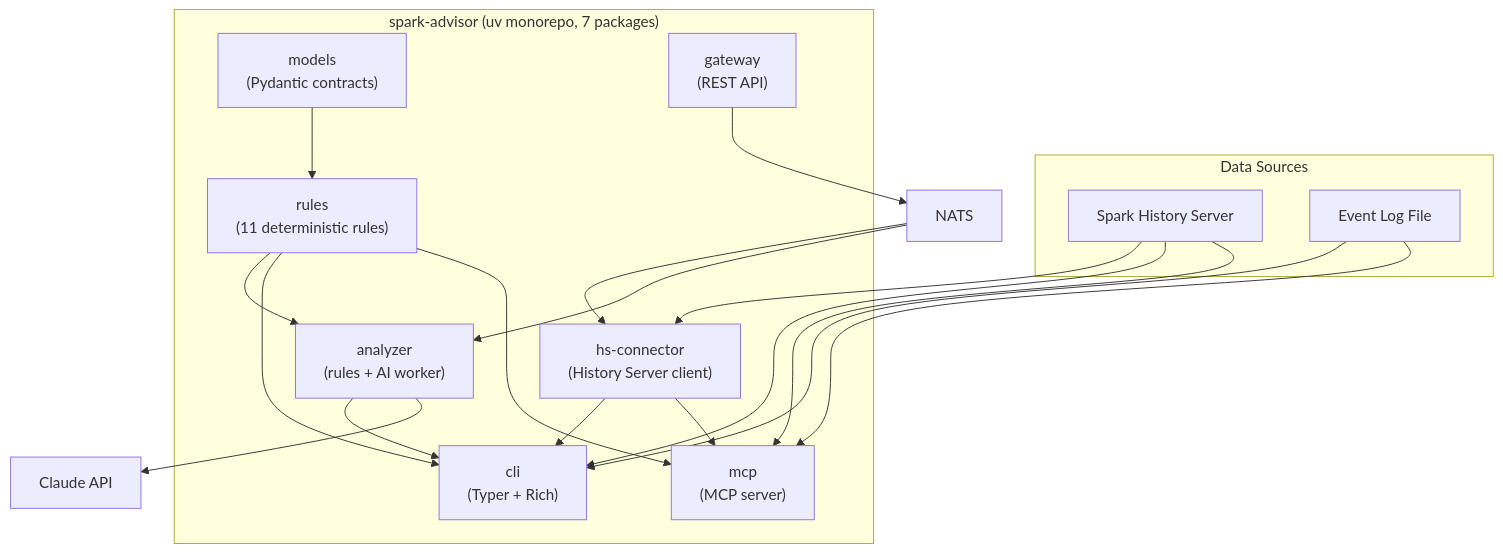
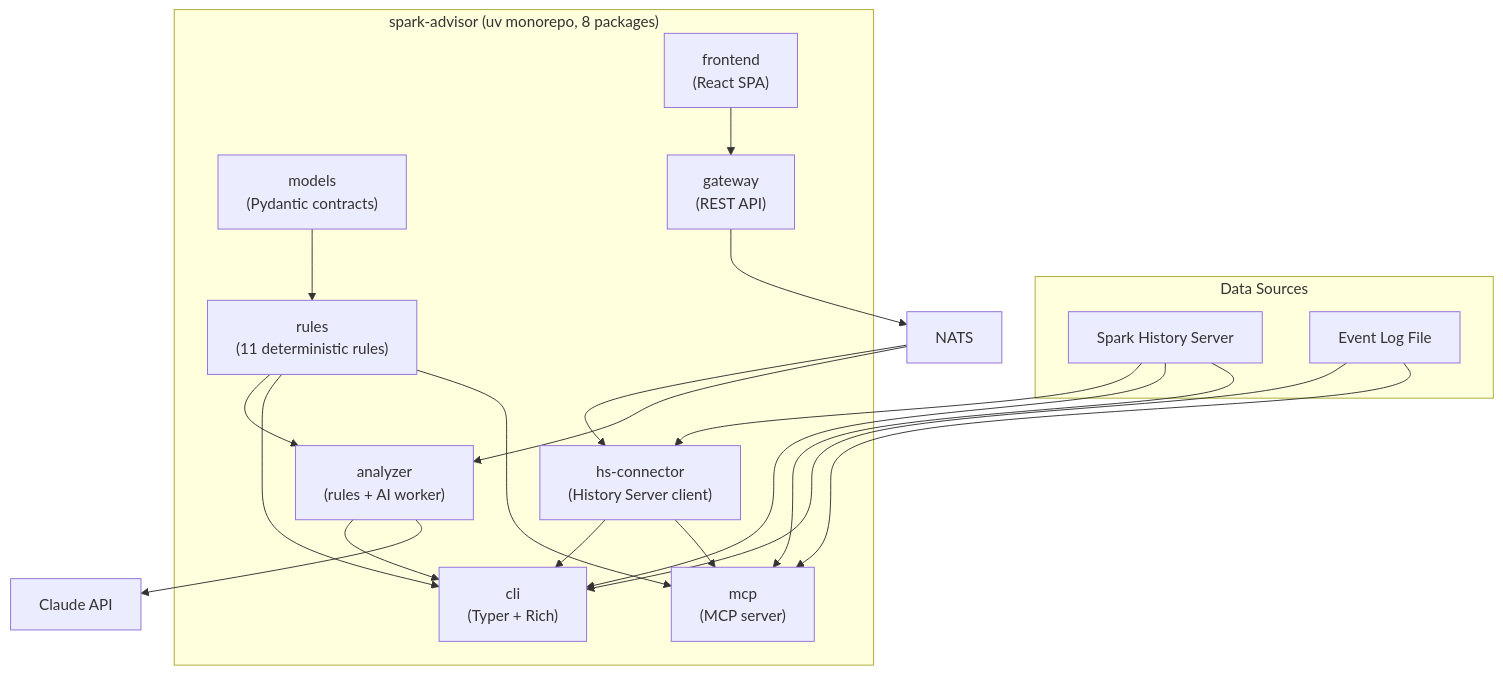
Before and after one commit to pstysz/spark-advisor: the diagram in README.md, drawn with Mermaid. The commit also changed other lines of this file and 82 other files, not shown here.

````diff
--- a/README.md
+++ b/README.md
@@ -342,39 +357,41 @@
 ```mermaid
 graph TB
     subgraph sources["Data Sources"]
         HS["Spark History Server"]
         EL["Event Log File"]
     end
 
-    subgraph packages["spark-advisor (uv monorepo, 7 packages)"]
+    subgraph packages["spark-advisor (uv monorepo, 8 packages)"]
         MODELS["models<br/>(Pydantic contracts)"]
         RULES["rules<br/>(11 deterministic rules)"]
         ANALYZER["analyzer<br/>(rules + AI worker)"]
         CONNECTOR["hs-connector<br/>(History Server client)"]
         GATEWAY["gateway<br/>(REST API)"]
+        FRONTEND["frontend<br/>(React SPA)"]
         CLI["cli<br/>(Typer + Rich)"]
         MCP["mcp<br/>(MCP server)"]
     end
 
     NATS["NATS"]
     CLAUDE["Claude API"]
 
     HS --> CONNECTOR
     HS --> CLI
     HS --> MCP
     EL --> CLI
     EL --> MCP
 
     MODELS --> RULES
     RULES --> ANALYZER
     RULES --> CLI
     RULES --> MCP
     CONNECTOR --> CLI
     CONNECTOR --> MCP
     ANALYZER --> CLI
 
+    FRONTEND --> GATEWAY
     GATEWAY --> NATS
     NATS --> CONNECTOR
     NATS --> ANALYZER
     ANALYZER --> CLAUDE
 ```
````
